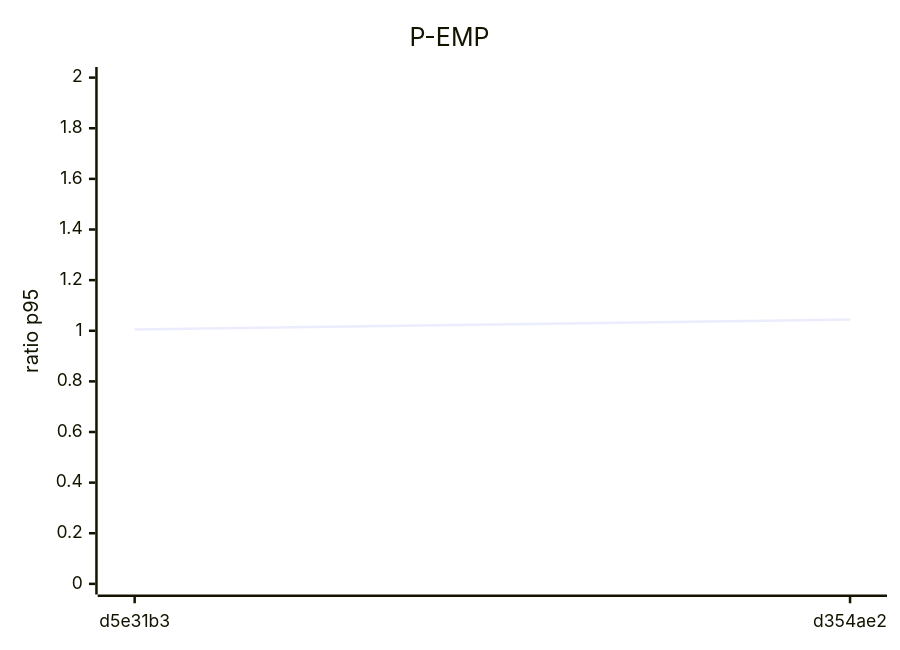
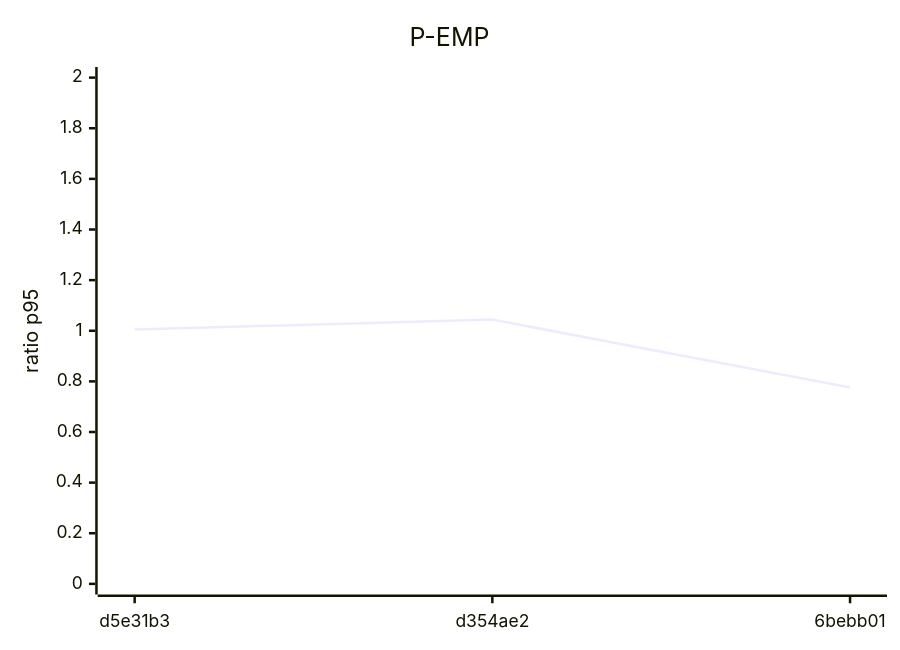
The first of 8 diagrams in docs/perf/trend.md (mtromane/expense-io), drawn with Mermaid before and after one commit. The commit also changed other lines of this file and 1 other file, not shown here.

Commit message:
perf: mesure de 6bebb01

````diff
--- a/docs/perf/trend.md
+++ b/docs/perf/trend.md
@@ -16,7 +16,7 @@
 ```mermaid
 xychart-beta
   title "P-EMP"
-  x-axis ["d5e31b3", "d354ae2"]
+  x-axis ["d5e31b3", "d354ae2", "6bebb01"]
   y-axis "ratio p95" 0 --> 2
-  line [1.005, 1.044]
+  line [1.005, 1.044, 0.776]
 ```
````
